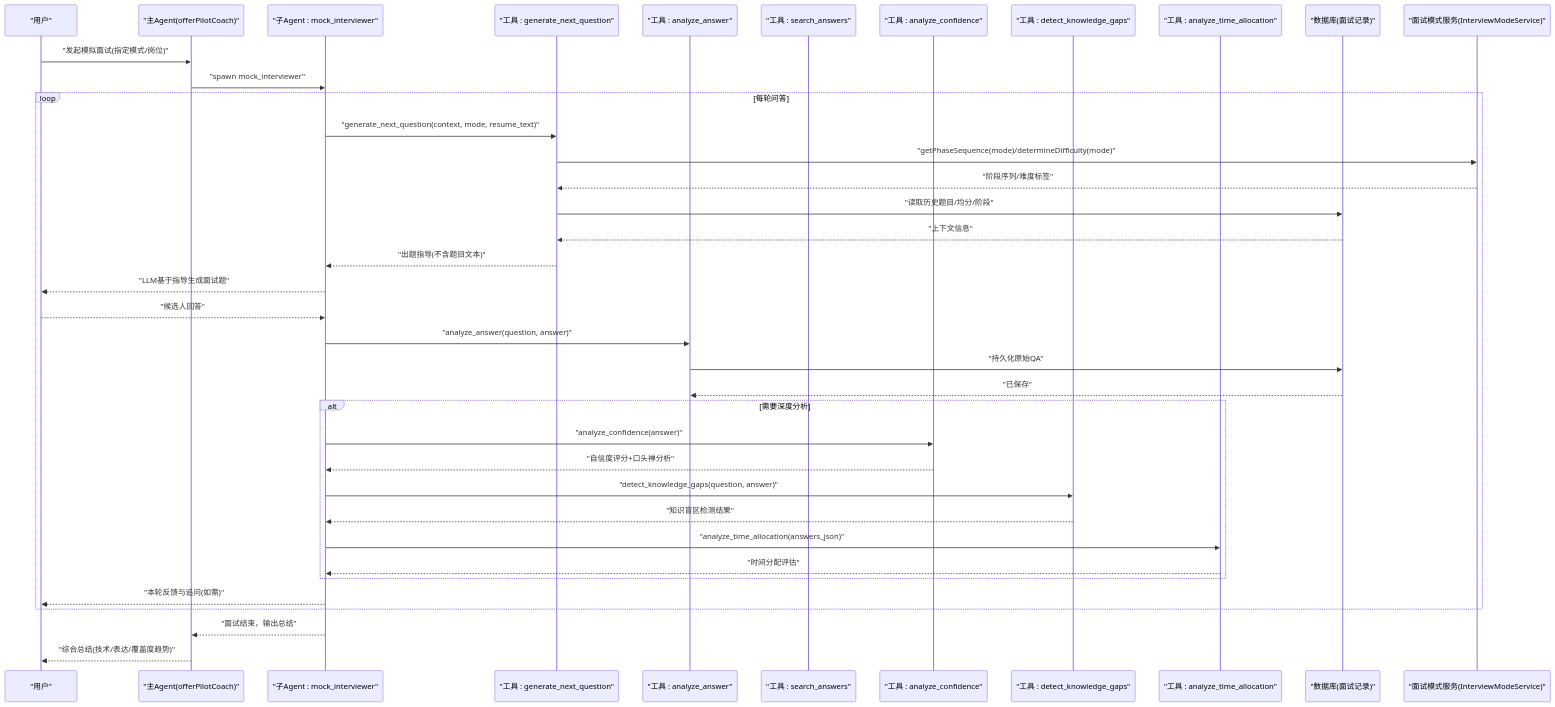
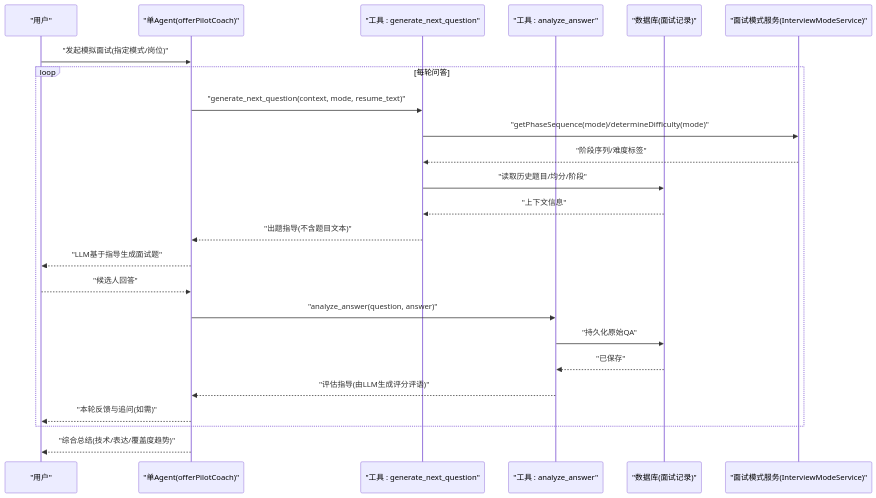
The second of 5 diagrams in .qoder/repowiki/zh/content/六大核心求职环节 Agent 交互时序.md (Miss-zhi/OfferPilot), drawn with Mermaid before and after one commit. The commit also changed other lines of this file and 25 other files, not shown here.

````diff
--- a/.qoder/repowiki/zh/content/六大核心求职环节 Agent 交互时序.md
+++ b/.qoder/repowiki/zh/content/六大核心求职环节 Agent 交互时序.md
@@ -90,40 +64,26 @@
 ```mermaid
 sequenceDiagram
 participant U as "用户"
-participant C as "主Agent(offerPilotCoach)"
-participant MI as "子Agent : mock_interviewer"
+participant A as "单Agent(offerPilotCoach)"
 participant TQ as "工具 : generate_next_question"
 participant TA as "工具 : analyze_answer"
-participant TS as "工具 : search_answers"
-participant TM as "工具 : analyze_confidence"
-participant TG as "工具 : detect_knowledge_gaps"
-participant TT as "工具 : analyze_time_allocation"
 participant DB as "数据库(面试记录)"
 participant IMS as "面试模式服务(InterviewModeService)"
-U->>C : "发起模拟面试(指定模式/岗位)"
-C->>MI : "spawn mock_interviewer"
+U->>A : "发起模拟面试(指定模式/岗位)"
 loop 每轮问答
-MI->>TQ : "generate_next_question(context, mode, resume_text)"
+A->>TQ : "generate_next_question(context, mode, resume_text)"
 TQ->>IMS : "getPhaseSequence(mode)/determineDifficulty(mode)"
 IMS-->>TQ : "阶段序列/难度标签"
 TQ->>DB : "读取历史题目/均分/阶段"
 DB-->>TQ : "上下文信息"
-TQ-->>MI : "出题指导(不含题目文本)"
-MI-->>U : "LLM基于指导生成面试题"
-U-->>MI : "候选人回答"
-MI->>TA : "analyze_answer(question, answer)"
+TQ-->>A : "出题指导(不含题目文本)"
+A-->>U : "LLM基于指导生成面试题"
+U-->>A : "候选人回答"
+A->>TA : "analyze_answer(question, answer)"
 TA->>DB : "持久化原始QA"
 DB-->>TA : "已保存"
-alt 需要深度分析
-MI->>TM : "analyze_confidence(answer)"
-TM-->>MI : "自信度评分+口头禅分析"
-MI->>TG : "detect_knowledge_gaps(question, answer)"
-TG-->>MI : "知识盲区检测结果"
-MI->>TT : "analyze_time_allocation(answers_json)"
-TT-->>MI : "时间分配评估"
+TA-->>A : "评估指导(由LLM生成评分评语)"
+A-->>U : "本轮反馈与追问(如需)"
 end
-MI-->>U : "本轮反馈与追问(如需)"
-end
-MI-->>C : "面试结束，输出总结"
-C-->>U : "综合总结(技术/表达/覆盖度趋势)"
+A-->>U : "综合总结(技术/表达/覆盖度趋势)"
 ```
````
